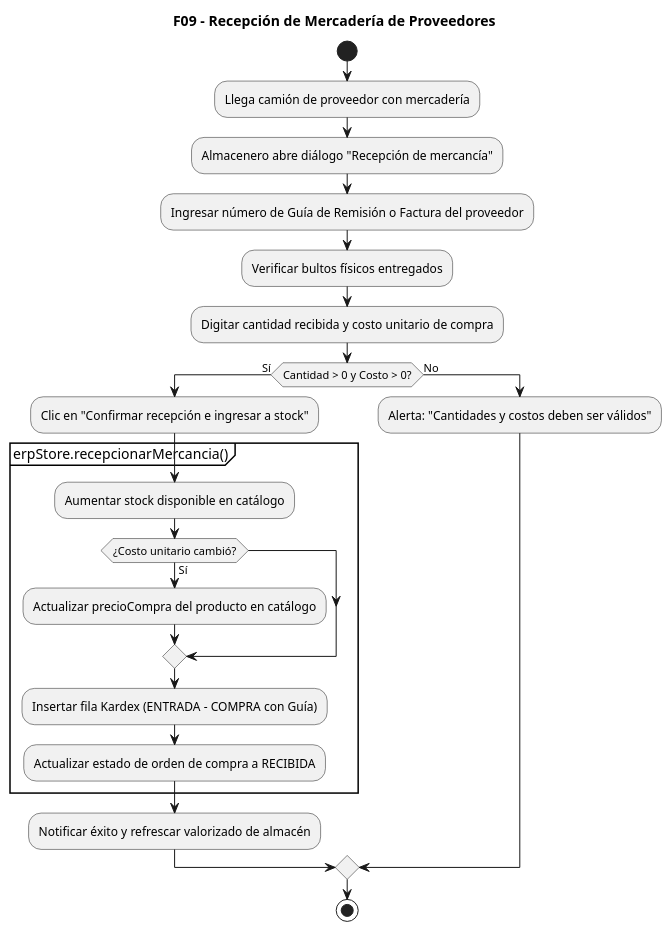
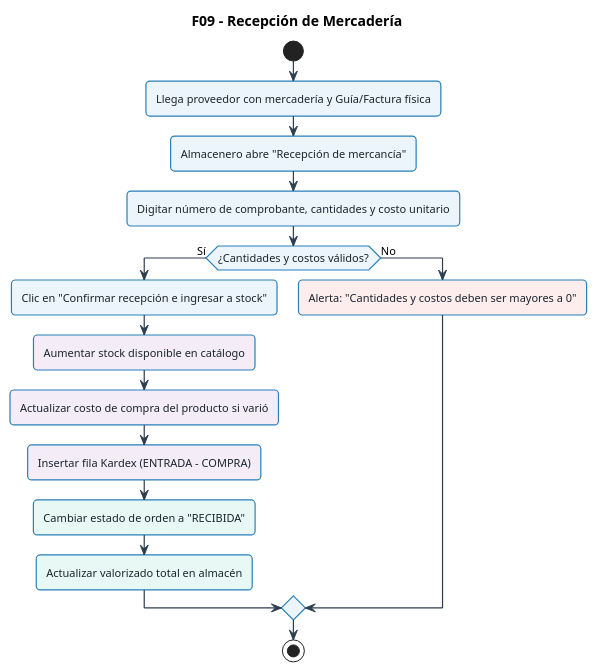
One commit to xmenil/ERP-KIPUS changed the ninth of 11 diagrams in docs/UML-flujos/flujos-consolidados-kipu.md. Above: the diagram before and after it, drawn with PlantUML. The commit also changed other lines of this file and 23 other files, not shown here.

Commit message:
docs(uml): simplificar flujos con estilo Bizagi BPMN coloreado y regenerar imagenes PNG

````diff
--- a/docs/UML-flujos/flujos-consolidados-kipu.md
+++ b/docs/UML-flujos/flujos-consolidados-kipu.md
@@ -527,31 +544,48 @@
 ```plantuml
 @startuml
-skinparam monochrome true
+skinparam defaultFontName "Segoe UI", Arial, sans-serif
+skinparam defaultFontSize 11
+skinparam roundCorner 8
 skinparam shadowing false
+skinparam ArrowColor #2C3E50
+skinparam ArrowThickness 1.2
 
-title F09 - Recepción de Mercadería de Proveedores
+skinparam activity {
+  BackgroundColor #EBF5FB
+  BorderColor #2980B9
+  BorderThickness 1.2
+  FontColor #1A252F
+}
+skinparam decision {
+  BackgroundColor #FEF9E7
+  BorderColor #F39C12
+  BorderThickness 1.2
+  FontColor #7D6608
+}
+skinparam start {
+  Color #27AE60
+}
+skinparam stop {
+  Color #C0392B
+}
+
+title F09 - Recepción de Mercadería
 
 start
-:Llega camión de proveedor con mercadería;
-:Almacenero abre diálogo "Recepción de mercancía";
-:Ingresar número de Guía de Remisión o Factura del proveedor;
-:Verificar bultos físicos entregados;
-:Digitar cantidad recibida y costo unitario de compra;
+:Llega proveedor con mercadería y Guía/Factura física;
+:Almacenero abre "Recepción de mercancía";
+:Digitar número de comprobante, cantidades y costo unitario;
 
-if (Cantidad > 0 y Costo > 0?) then (Sí)
+if (¿Cantidades y costos válidos?) then (Sí)
   :Clic en "Confirmar recepción e ingresar a stock";
-  partition "erpStore.recepcionarMercancia()" {
-    :Aumentar stock disponible en catálogo;
-    if (¿Costo unitario cambió?) then (Sí)
-      :Actualizar precioCompra del producto en catálogo;
-    endif
-    :Insertar fila Kardex (ENTRADA - COMPRA con Guía);
-    :Actualizar estado de orden de compra a RECIBIDA;
-  }
-  :Notificar éxito y refrescar valorizado de almacén;
+  #F4ECF7:Aumentar stock disponible en catálogo;
+  #F4ECF7:Actualizar costo de compra del producto si varió;
+  #F4ECF7:Insertar fila Kardex (ENTRADA - COMPRA);
+  #E8F8F5:Cambiar estado de orden a "RECIBIDA";
+  #E8F8F5:Actualizar valorizado total en almacén;
 else (No)
-  :Alerta: "Cantidades y costos deben ser válidos";
+  #FDEDEC:Alerta: "Cantidades y costos deben ser mayores a 0";
 endif
 stop
 @enduml
 ```
````
